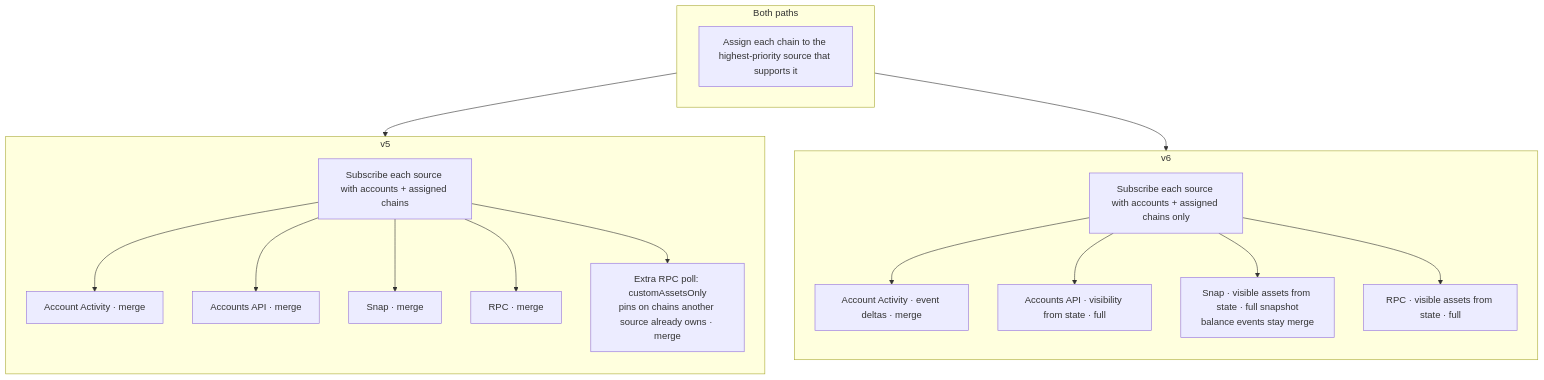
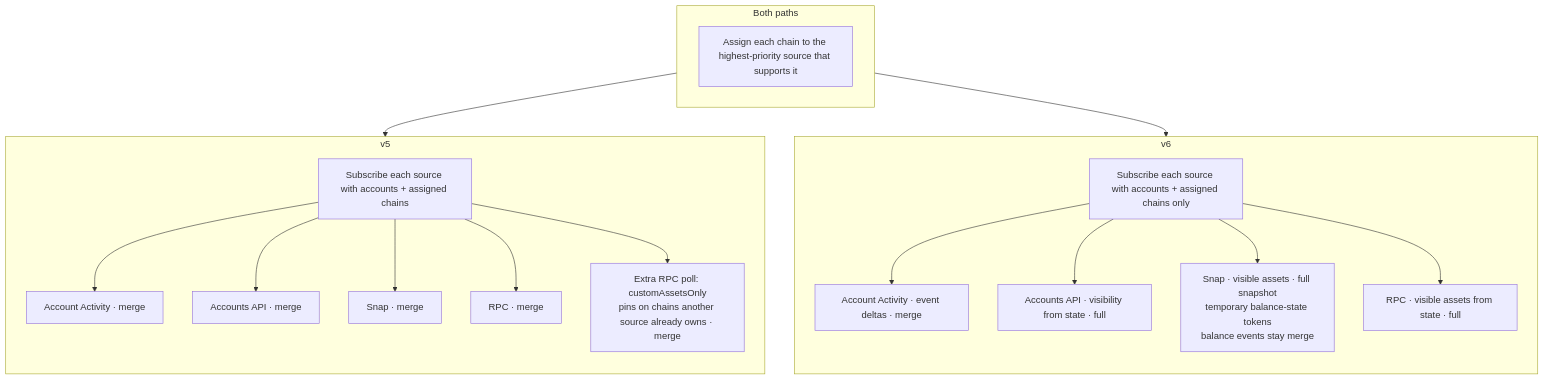
Before and after one commit to MetaMask/core: the third of 7 diagrams in packages/assets-controller/docs/decisions/2026-09-23-accounts-api-v6-integration.md, drawn with Mermaid. The commit also changed other lines of this file and 2 other files, not shown here.

Commit message:
feat(assets-controller): add balance state in snap request

````diff
--- a/packages/assets-controller/docs/decisions/2026-09-23-accounts-api-v6-integration.md
+++ b/packages/assets-controller/docs/decisions/2026-09-23-accounts-api-v6-integration.md
@@ -161,37 +166,37 @@
 ```mermaid
 flowchart TB
   subgraph shared ["Both paths"]
     H["Assign each chain to the highest-priority source that supports it"]
   end
 
   subgraph v5sub ["v5"]
     direction TB
     V5A["Subscribe each source with accounts + assigned chains"]
     V5WS["Account Activity · merge"]
     V5API["Accounts API · merge"]
     V5SNAP["Snap · merge"]
     V5RPC["RPC · merge"]
     V5R["Extra RPC poll: customAssetsOnly<br/>pins on chains another source already owns · merge"]
     V5A --> V5WS
     V5A --> V5API
     V5A --> V5SNAP
     V5A --> V5RPC
     V5A --> V5R
   end
 
   subgraph v6sub ["v6"]
     direction TB
     V6A["Subscribe each source with accounts + assigned chains only"]
     V6WS["Account Activity · event deltas · merge"]
     V6API["Accounts API · visibility from state · full"]
-    V6SNAP["Snap · visible assets from state · full snapshot<br/>balance events stay merge"]
+    V6SNAP["Snap · visible assets · full snapshot<br/>temporary balance-state tokens<br/>balance events stay merge"]
     V6RPC["RPC · visible assets from state · full"]
     V6A --> V6WS
     V6A --> V6API
     V6A --> V6SNAP
     V6A --> V6RPC
   end
 
   shared --> v5sub
   shared --> v6sub
 ```
````
